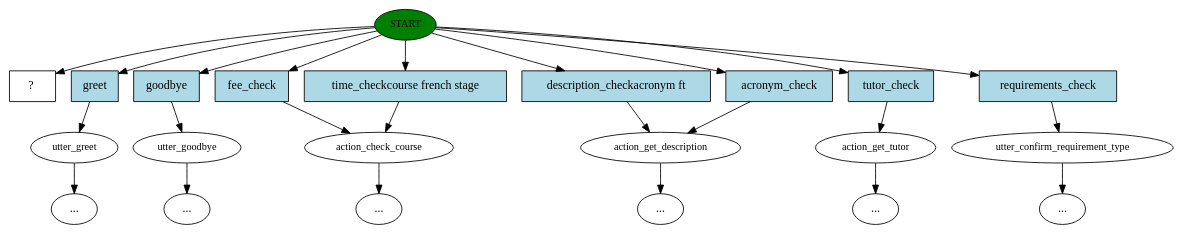
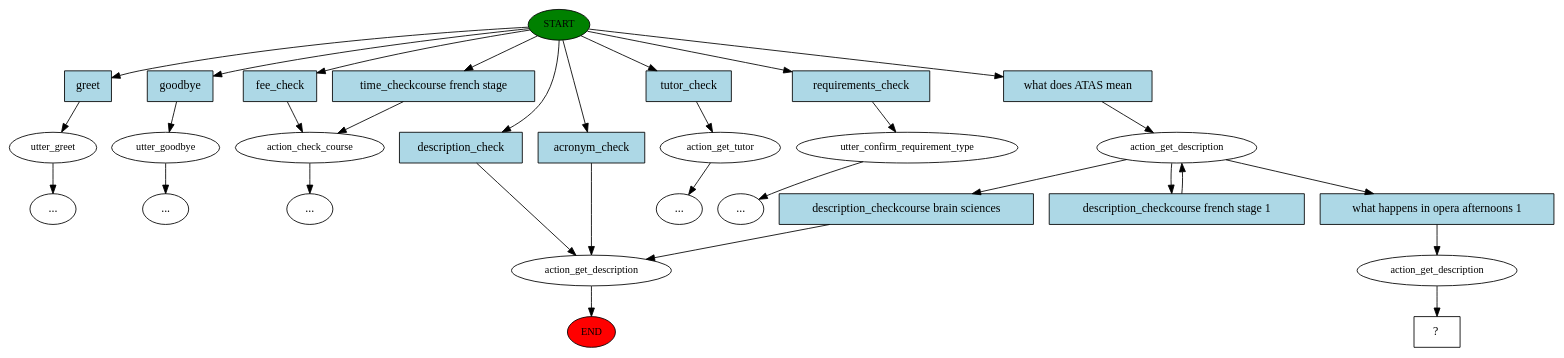
One commit to leonore/ugenie changed the diagram in chat-service/model/story_graph.dot. Above: the diagram before and after it, drawn with Graphviz. The commit also changed 5 other files, not shown here.

```diff
--- a/chat-service/model/story_graph.dot
+++ b/chat-service/model/story_graph.dot
@@ -1,47 +1,61 @@
 digraph  {
 0 [class="start active", fillcolor=green, fontsize=12, label=START, style=filled];
+"-1" [class=end, fillcolor=red, fontsize=12, label=END, style=filled];
 1 [class="", fontsize=12, label=utter_greet];
 "-3" [class=ellipsis, label="..."];
 2 [class="", fontsize=12, label=utter_goodbye];
 "-4" [class=ellipsis, label="..."];
 3 [class="", fontsize=12, label=action_check_course];
 7 [class="", fontsize=12, label=action_get_description];
 9 [class="", fontsize=12, label=action_get_tutor];
-"-11" [class=ellipsis, label="..."];
+"-9" [class=ellipsis, label="..."];
 10 [class="", fontsize=12, label=utter_confirm_requirement_type];
+"-10" [class=ellipsis, label="..."];
 "-12" [class=ellipsis, label="..."];
-"-14" [class=ellipsis, label="..."];
-"-16" [class=ellipsis, label="..."];
-15 [class="intent dashed active", label="  ?  ", shape=rect];
-16 [class=intent, fillcolor=lightblue, label=greet, shape=rect, style=filled];
-17 [class=intent, fillcolor=lightblue, label=goodbye, shape=rect, style=filled];
-18 [class=intent, fillcolor=lightblue, label=fee_check, shape=rect, style=filled];
-19 [class=intent, fillcolor=lightblue, label="time_checkcourse french stage", shape=rect, style=filled];
-20 [class=intent, fillcolor=lightblue, label="description_checkacronym ft", shape=rect, style=filled];
-21 [class=intent, fillcolor=lightblue, label=acronym_check, shape=rect, style=filled];
-22 [class=intent, fillcolor=lightblue, label=tutor_check, shape=rect, style=filled];
-23 [class=intent, fillcolor=lightblue, label=requirements_check, shape=rect, style=filled];
-0 -> 15  [class=active, key=NONE, label=""];
-0 -> 16  [class="", key=0];
-0 -> 17  [class="", key=0];
-0 -> 18  [class="", key=0];
-0 -> 19  [class="", key=0];
-0 -> 20  [class="", key=0];
+13 [class=active, fontsize=12, label=action_get_description];
+19 [class=active, fontsize=12, label=action_get_description];
+20 [class="intent dashed active", label="  ?  ", shape=rect];
+21 [class=intent, fillcolor=lightblue, label=greet, shape=rect, style=filled];
+22 [class=intent, fillcolor=lightblue, label=goodbye, shape=rect, style=filled];
+23 [class=intent, fillcolor=lightblue, label=fee_check, shape=rect, style=filled];
+24 [class=intent, fillcolor=lightblue, label="time_checkcourse french stage", shape=rect, style=filled];
+25 [class=intent, fillcolor=lightblue, label=description_check, shape=rect, style=filled];
+26 [class=intent, fillcolor=lightblue, label=acronym_check, shape=rect, style=filled];
+27 [class=intent, fillcolor=lightblue, label=tutor_check, shape=rect, style=filled];
+28 [class=intent, fillcolor=lightblue, label=requirements_check, shape=rect, style=filled];
+29 [class="intent active", fillcolor=lightblue, label="what does ATAS mean", shape=rect, style=filled];
+30 [class=intent, fillcolor=lightblue, label="description_checkcourse brain sciences", shape=rect, style=filled];
+31 [class=intent, fillcolor=lightblue, label="description_checkcourse french stage 1", shape=rect, style=filled];
+32 [class="intent active", fillcolor=lightblue, label="what happens in opera afternoons 1", shape=rect, style=filled];
 0 -> 21  [class="", key=0];
 0 -> 22  [class="", key=0];
 0 -> 23  [class="", key=0];
+0 -> 24  [class="", key=0];
+0 -> 25  [class="", key=0];
+0 -> 26  [class="", key=0];
+0 -> 27  [class="", key=0];
+0 -> 28  [class="", key=0];
+0 -> 29  [class=active, key=0];
 1 -> "-3"  [class="", key=NONE, label=""];
 2 -> "-4"  [class="", key=NONE, label=""];
-3 -> "-14"  [class="", key=NONE, label=""];
-7 -> "-16"  [class="", key=NONE, label=""];
-9 -> "-11"  [class="", key=NONE, label=""];
-10 -> "-12"  [class="", key=NONE, label=""];
-16 -> 1  [class="", key=0];
-17 -> 2  [class="", key=0];
-18 -> 3  [class="", key=0];
-19 -> 3  [class="", key=0];
-20 -> 7  [class="", key=0];
-21 -> 7  [class="", key=0];
-22 -> 9  [class="", key=0];
-23 -> 10  [class="", key=0];
+3 -> "-12"  [class="", key=NONE, label=""];
+7 -> "-1"  [class="", key=NONE, label=""];
+9 -> "-9"  [class="", key=NONE, label=""];
+10 -> "-10"  [class="", key=NONE, label=""];
+13 -> 30  [class="", key=0];
+13 -> 31  [class="", key=0];
+13 -> 32  [class=active, key=0];
+19 -> 20  [class=active, key=NONE, label=""];
+21 -> 1  [class="", key=0];
+22 -> 2  [class="", key=0];
+23 -> 3  [class="", key=0];
+24 -> 3  [class="", key=0];
+25 -> 7  [class="", key=0];
+26 -> 7  [class="", key=0];
+27 -> 9  [class="", key=0];
+28 -> 10  [class="", key=0];
+29 -> 13  [class=active, key=0];
+30 -> 7  [class="", key=0];
+31 -> 13  [class="", key=0];
+32 -> 19  [class=active, key=0];
 }
```
